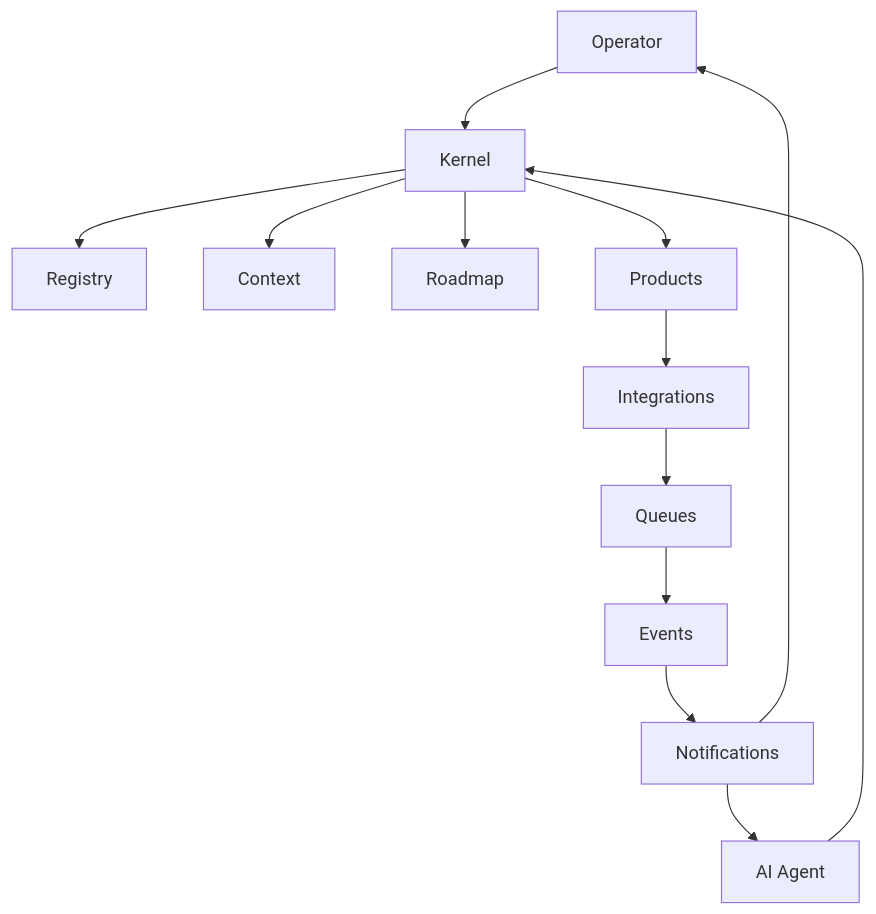
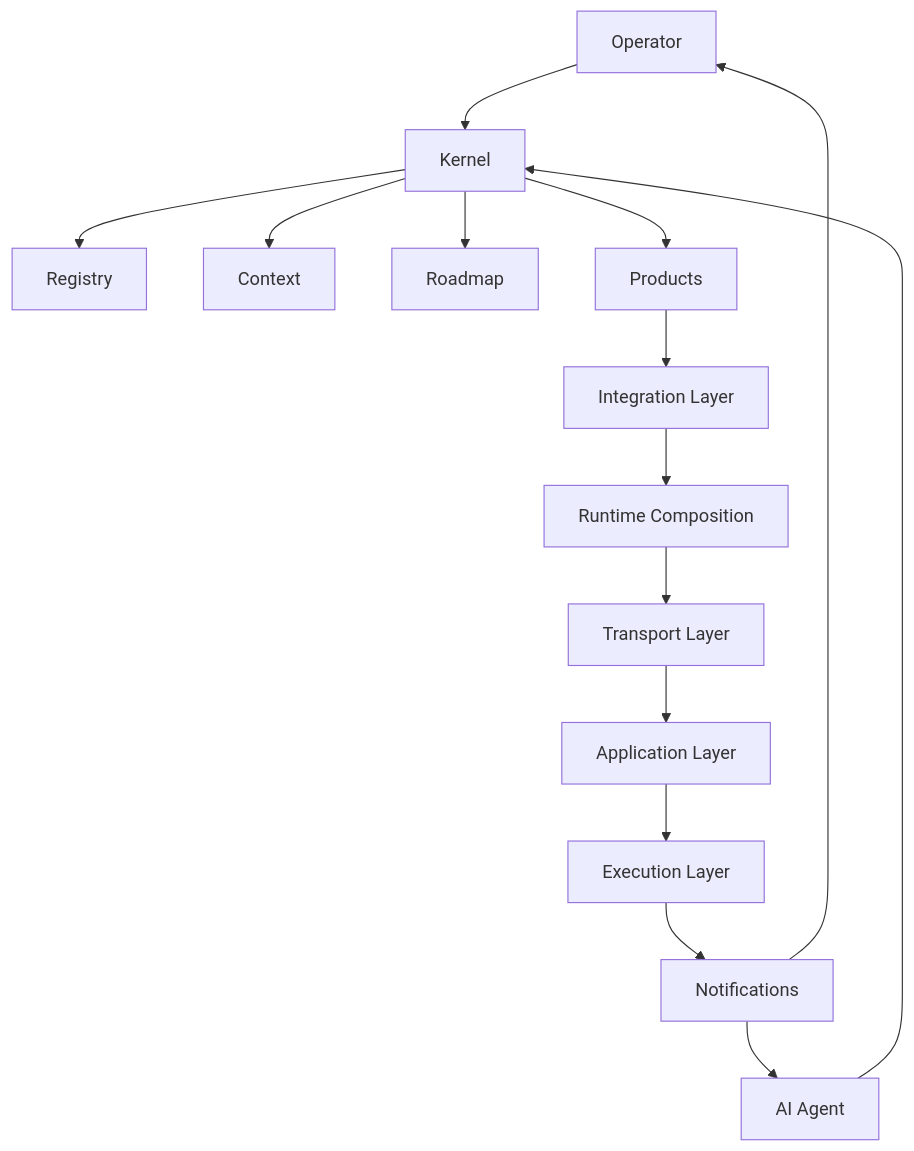
One commit to captjreacher/HOST-kernel changed the fifth of 6 diagrams in docs/architecture/system-architecture.md. Above: the diagram before and after it, drawn with Mermaid. The commit also changed other lines of this file and 12 other files, not shown here.

Commit message:
docs: establish HOST-4.0 integration layer architecture baseline

````diff
--- a/docs/architecture/system-architecture.md
+++ b/docs/architecture/system-architecture.md
@@ -281,27 +337,31 @@
 ```mermaid
 flowchart TB
     OPERATOR["Operator"]
     AGENT["AI Agent"]
     KERNEL["Kernel"]
     REG["Registry"]
     CTX4["Context"]
     RDM4["Roadmap"]
     PRD2["Products"]
-    INT["Integrations"]
-    QUE["Queues"]
-    EVT["Events"]
+    INT["Integration Layer"]
+    RCOMP["Runtime Composition"]
+    TRN["Transport Layer"]
+    APP["Application Layer"]
+    EXE["Execution Layer"]
     NOT["Notifications"]
 
     OPERATOR --> KERNEL
     AGENT --> KERNEL
     KERNEL --> REG
     KERNEL --> CTX4
     KERNEL --> RDM4
     KERNEL --> PRD2
     PRD2 --> INT
-    INT --> QUE
-    QUE --> EVT
-    EVT --> NOT
+    INT --> RCOMP
+    RCOMP --> TRN
+    TRN --> APP
+    APP --> EXE
+    EXE --> NOT
     NOT --> OPERATOR
     NOT --> AGENT
 ```
````
